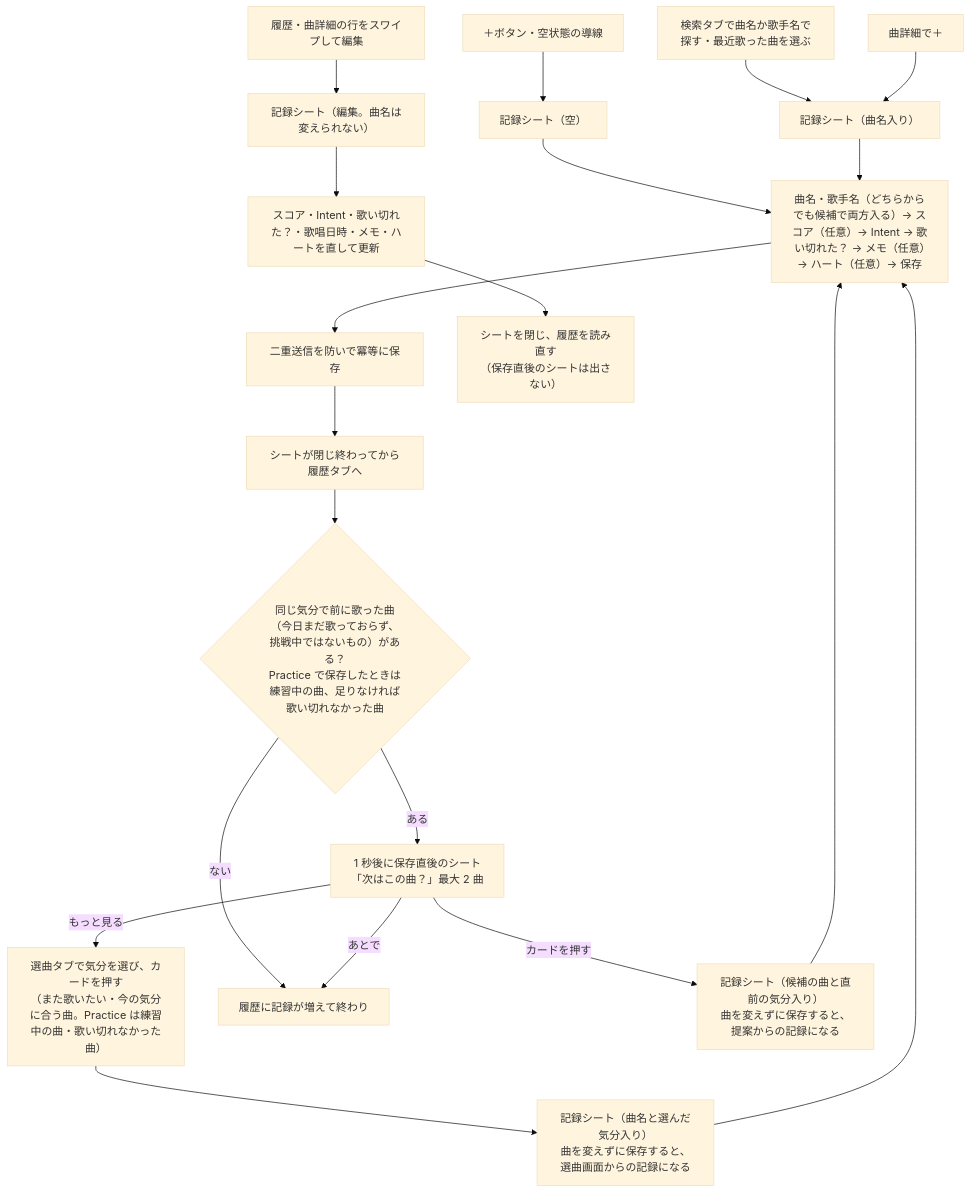
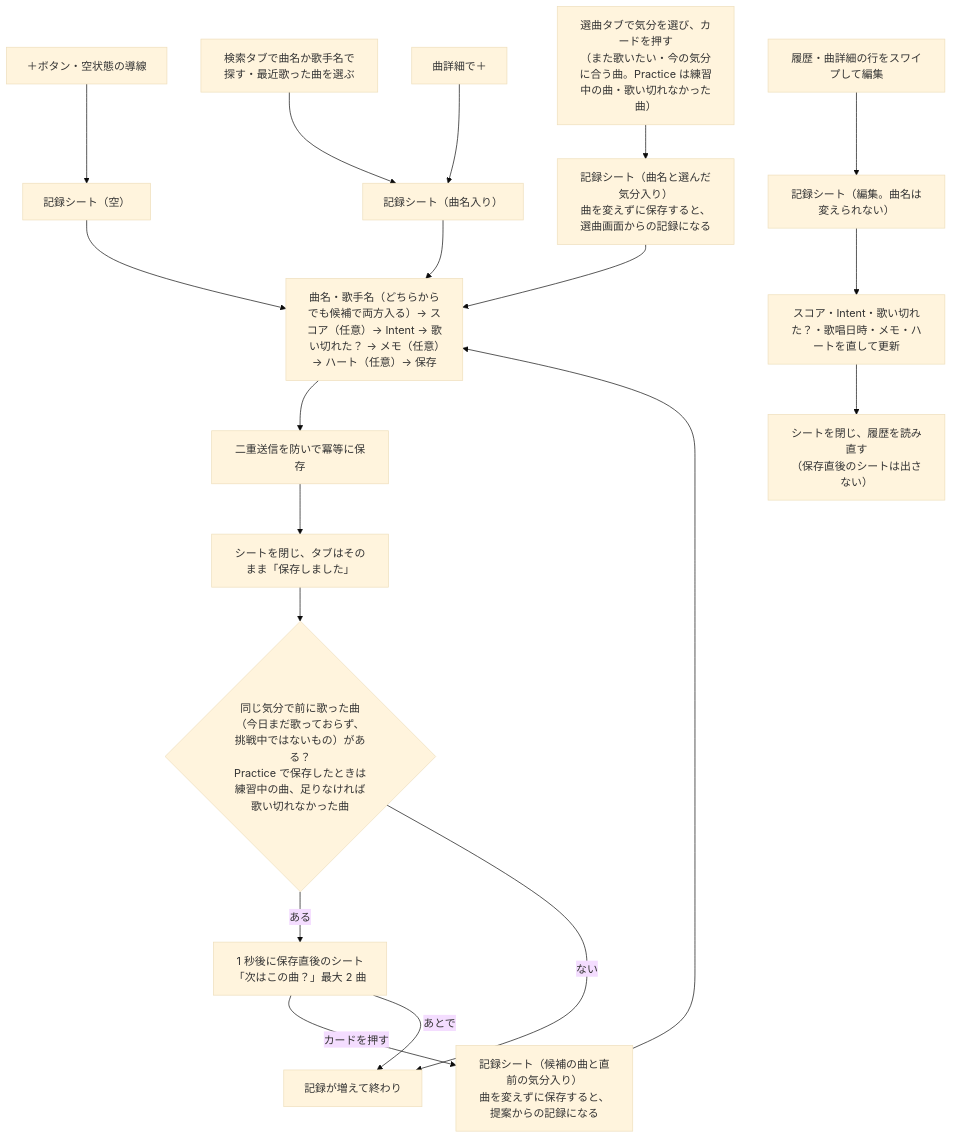
The fourth of 4 diagrams in docs/architecture.md (omomi-moti/Karaoke_support), drawn with Mermaid (base theme) before and after one commit. The commit also changed other lines of this file and 8 other files, not shown here.

````diff
--- a/docs/architecture.md
+++ b/docs/architecture.md
@@ -224,24 +224,23 @@
 ```mermaid
 flowchart TD
     P["＋ボタン・空状態の導線"] --> S1["記録シート（空）"]
     R["検索タブで曲名か歌手名で探す・最近歌った曲を選ぶ"] --> S2["記録シート（曲名入り）"]
     TD["曲詳細で＋"] --> S2
     SEL["選曲タブで気分を選び、カードを押す<br>（また歌いたい・今の気分に合う曲。Practice は練習中の曲・歌い切れなかった曲）"] --> S5["記録シート（曲名と選んだ気分入り）<br>曲を変えずに保存すると、選曲画面からの記録になる"]
     E["履歴・曲詳細の行をスワイプして編集"] --> S3["記録シート（編集。曲名は変えられない）"]
 
     S1 --> IN["曲名・歌手名（どちらからでも候補で両方入る）→ スコア（任意）→ Intent → 歌い切れた？ → メモ（任意）→ ハート（任意）→ 保存"]
     S2 --> IN
     IN --> SAVE["二重送信を防いで冪等に保存"]
-    SAVE --> CLOSE["シートが閉じ終わってから履歴タブへ"]
+    SAVE --> CLOSE["シートを閉じ、タブはそのまま「保存しました」"]
     CLOSE --> Q{"同じ気分で前に歌った曲<br>（今日まだ歌っておらず、挑戦中ではないもの）がある？<br>Practice で保存したときは練習中の曲、足りなければ歌い切れなかった曲"}
     Q -->|ある| AS["1 秒後に保存直後のシート<br>「次はこの曲？」最大 2 曲"]
-    Q -->|ない| END["履歴に記録が増えて終わり"]
+    Q -->|ない| END["記録が増えて終わり"]
     AS -->|カードを押す| S4["記録シート（候補の曲と直前の気分入り）<br>曲を変えずに保存すると、提案からの記録になる"]
     AS -->|あとで| END
-    AS -->|もっと見る| SEL
     S4 --> IN
     S5 --> IN
 
     S3 --> UP["スコア・Intent・歌い切れた？・歌唱日時・メモ・ハートを直して更新"]
     UP --> CLOSE2["シートを閉じ、履歴を読み直す<br>（保存直後のシートは出さない）"]
 ```
````
